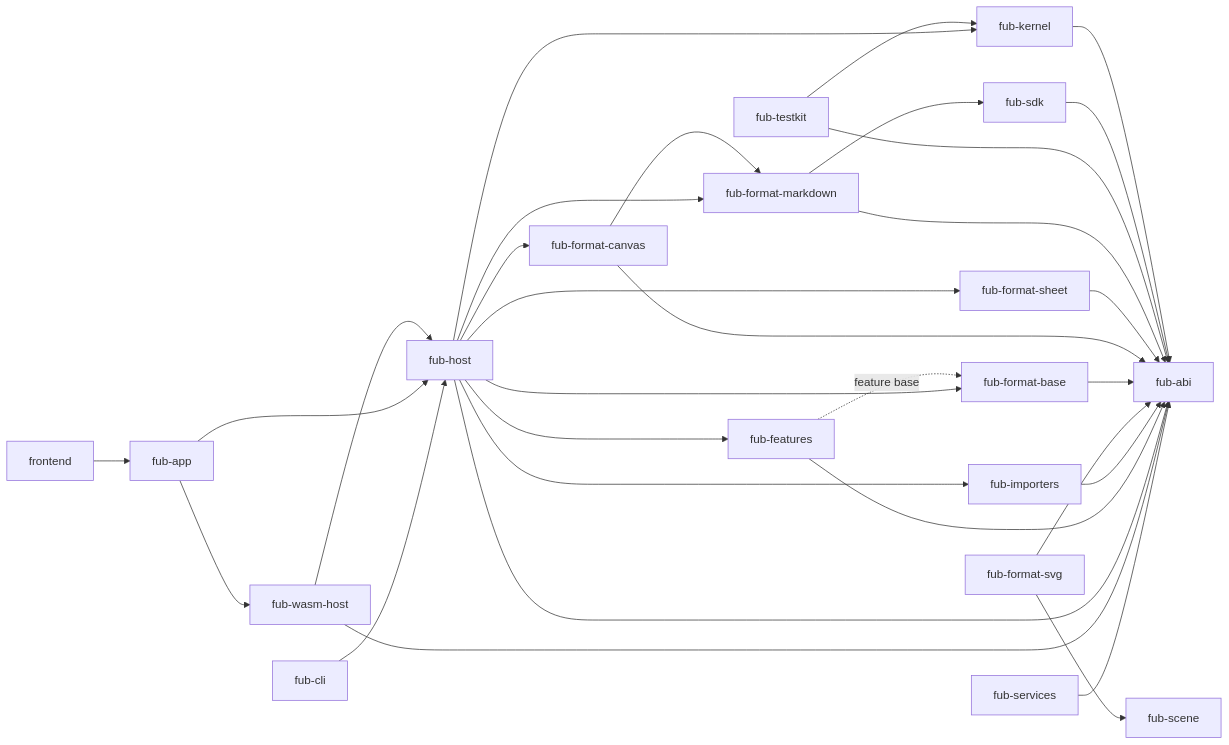
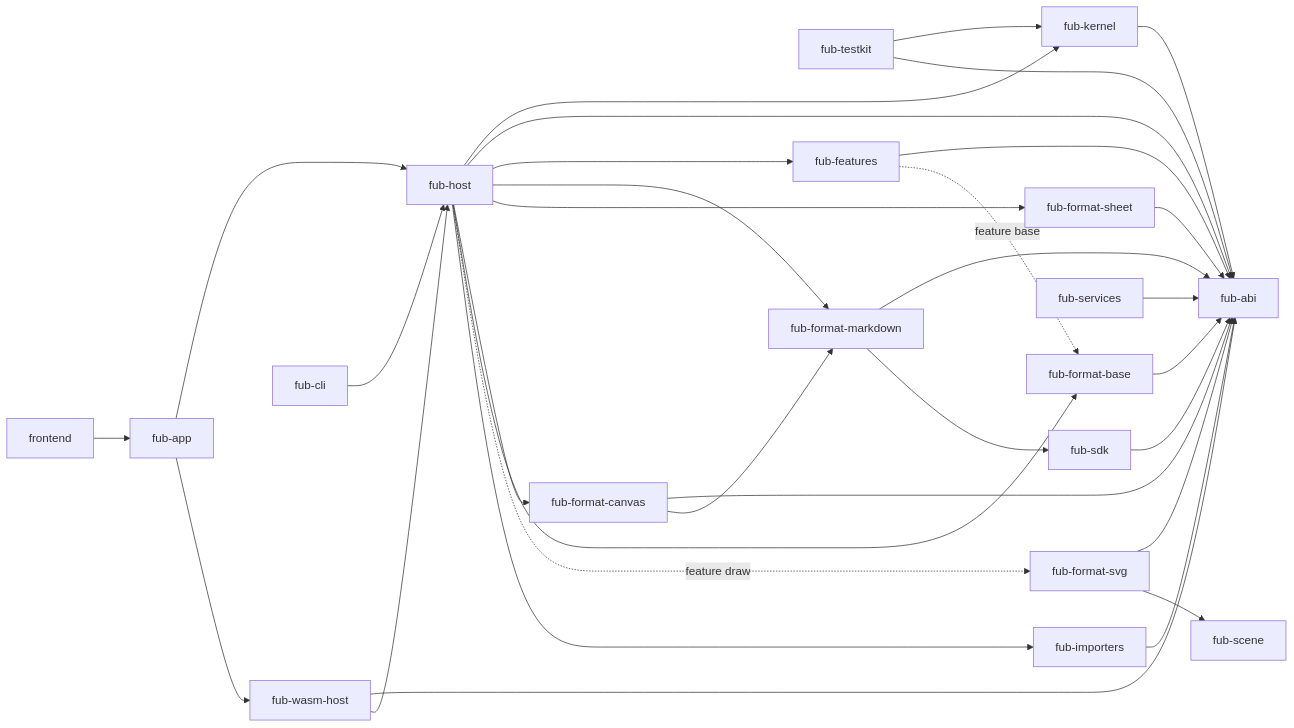
The diagram in docs/architecture/components-and-boundaries.md (Fubeo/Fub), drawn with Mermaid before and after one commit. The commit also changed 8 other files, not shown here.

First line of the commit message:
feat(host): feature `draw` che monta il formato `svg`

````diff
--- a/docs/architecture/components-and-boundaries.md
+++ b/docs/architecture/components-and-boundaries.md
@@ -9,35 +9,36 @@
 ```mermaid
 flowchart LR
     ABI["fub-abi"]
     KERNEL["fub-kernel"] --> ABI
     SDK["fub-sdk"] --> ABI
     TESTKIT["fub-testkit"] --> KERNEL
     TESTKIT --> ABI
     MARKDOWN["fub-format-markdown"] --> ABI
     MARKDOWN --> SDK
     SHEET["fub-format-sheet"] --> ABI
     CANVAS["fub-format-canvas"] --> ABI
     CANVAS --> MARKDOWN
     BASE["fub-format-base"] --> ABI
     SCENE["fub-scene"]
     SVG["fub-format-svg"] --> ABI
     SVG --> SCENE
     IMPORTERS["fub-importers"] --> ABI
     FEATURES["fub-features"] --> ABI
     FEATURES -. "feature base" .-> BASE
     HOST["fub-host"] --> KERNEL
     HOST --> ABI
     HOST --> FEATURES
     HOST --> MARKDOWN
     HOST --> SHEET
     HOST --> CANVAS
     HOST --> BASE
+    HOST -. "feature draw" .-> SVG
     HOST --> IMPORTERS
     WASM["fub-wasm-host"] --> ABI
     WASM --> HOST
     APP["fub-app"] --> HOST
     APP --> WASM
     CLI["fub-cli"] --> HOST
     SERVICES["fub-services"] --> ABI
     FRONTEND["frontend"] --> APP
 ```
````
